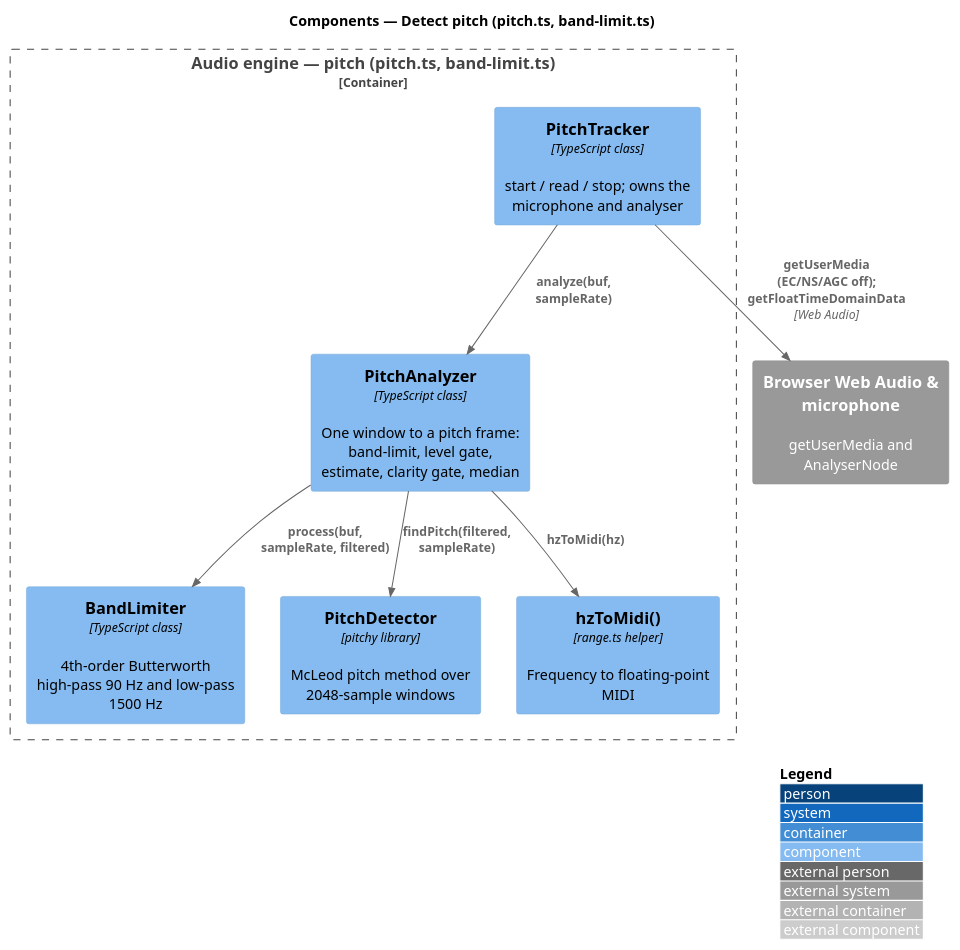
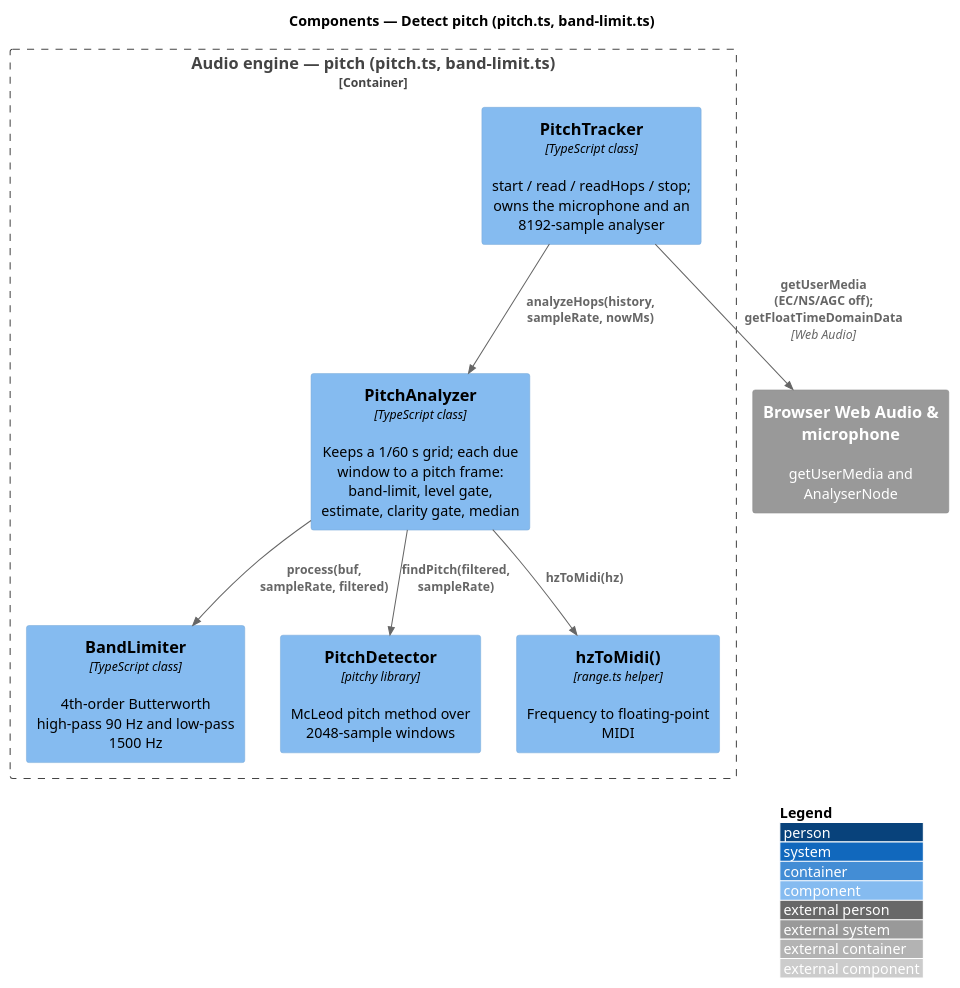
The diagram in docs/detailed-designs/audio-engine/detect-pitch/diagrams/c4-component.puml (QuinntyneBrown/TwinkleTune), drawn with PlantUML before and after one commit. The commit also changed 17 other files, not shown here.

```diff
--- a/docs/detailed-designs/audio-engine/detect-pitch/diagrams/c4-component.puml
+++ b/docs/detailed-designs/audio-engine/detect-pitch/diagrams/c4-component.puml
@@ -1,20 +1,20 @@
 @startuml
 !include <C4/C4_Component>
 LAYOUT_WITH_LEGEND()
 title Components — Detect pitch (pitch.ts, band-limit.ts)
 
 Container_Boundary(engine, "Audio engine — pitch (pitch.ts, band-limit.ts)") {
-  Component(tracker, "PitchTracker", "TypeScript class", "start / read / stop; owns the microphone and analyser")
-  Component(analyzer, "PitchAnalyzer", "TypeScript class", "One window to a pitch frame: band-limit, level gate, estimate, clarity gate, median")
+  Component(tracker, "PitchTracker", "TypeScript class", "start / read / readHops / stop; owns the microphone and an 8192-sample analyser")
+  Component(analyzer, "PitchAnalyzer", "TypeScript class", "Keeps a 1/60 s grid; each due window to a pitch frame: band-limit, level gate, estimate, clarity gate, median")
   Component(band, "BandLimiter", "TypeScript class", "4th-order Butterworth high-pass 90 Hz and low-pass 1500 Hz")
   Component(detector, "PitchDetector", "pitchy library", "McLeod pitch method over 2048-sample windows")
   Component(range, "hzToMidi()", "range.ts helper", "Frequency to floating-point MIDI")
 }
 System_Ext(browser, "Browser Web Audio & microphone", "getUserMedia and AnalyserNode")
 
 Rel(tracker, browser, "getUserMedia (EC/NS/AGC off); getFloatTimeDomainData", "Web Audio")
-Rel(tracker, analyzer, "analyze(buf, sampleRate)")
+Rel(tracker, analyzer, "analyzeHops(history, sampleRate, nowMs)")
 Rel(analyzer, band, "process(buf, sampleRate, filtered)")
 Rel(analyzer, detector, "findPitch(filtered, sampleRate)")
 Rel(analyzer, range, "hzToMidi(hz)")
 @enduml
```
